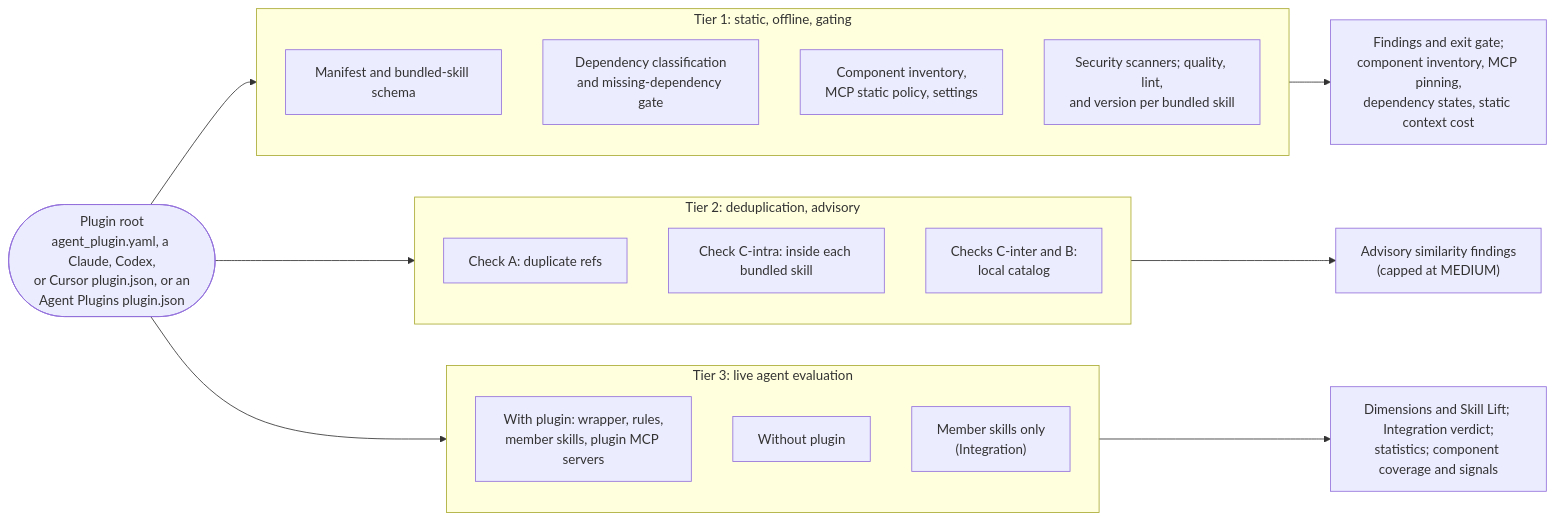
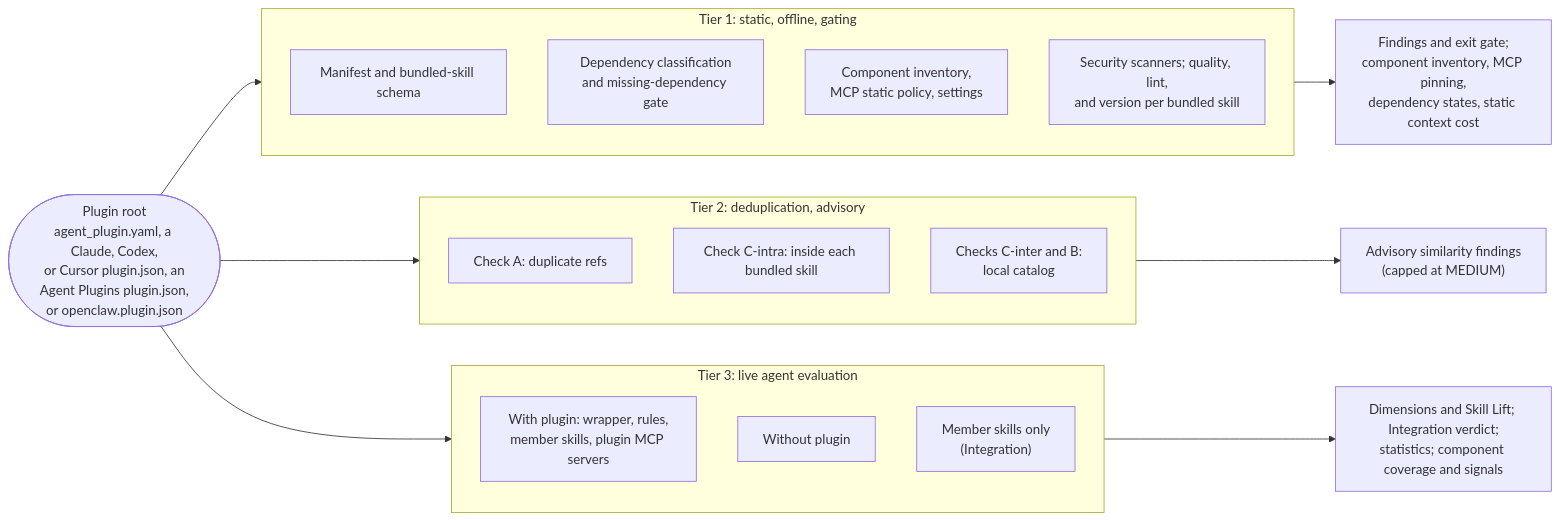
Before and after one commit to NVIDIA/SkillEvaluator: the diagram in docs/plugin-evaluation.mdx, drawn with Mermaid. The commit also changed other lines of this file and 15 other files, not shown here.

````diff
--- a/docs/plugin-evaluation.mdx
+++ b/docs/plugin-evaluation.mdx
@@ -31,33 +31,33 @@
 ```mermaid
 flowchart LR
-    P(["Plugin root<br/>agent_plugin.yaml, a Claude, Codex,<br/>or Cursor plugin.json, or an<br/>Agent Plugins plugin.json"])
+    P(["Plugin root<br/>agent_plugin.yaml, a Claude, Codex,<br/>or Cursor plugin.json, an<br/>Agent Plugins plugin.json,<br/>or openclaw.plugin.json"])
 
     subgraph T1["Tier 1: static, offline, gating"]
         direction TB
         T1A["Manifest and bundled-skill schema"]
         T1B["Dependency classification<br/>and missing-dependency gate"]
         T1C["Component inventory,<br/>MCP static policy, settings"]
         T1D["Security scanners; quality, lint,<br/>and version per bundled skill"]
     end
 
     subgraph T2["Tier 2: deduplication, advisory"]
         direction TB
         T2A["Check A: duplicate refs"]
         T2B["Check C-intra: inside each bundled skill"]
         T2C["Checks C-inter and B:<br/>local catalog"]
     end
 
     subgraph T3["Tier 3: live agent evaluation"]
         direction TB
         T3A["With plugin: wrapper, rules,<br/>member skills, plugin MCP servers"]
         T3B["Without plugin"]
         T3C["Member skills only<br/>(Integration)"]
     end
 
     P --> T1
     P --> T2
     P --> T3
     T1 --> O1["Findings and exit gate;<br/>component inventory, MCP pinning,<br/>dependency states, static context cost"]
     T2 --> O2["Advisory similarity findings<br/>(capped at MEDIUM)"]
     T3 --> O3["Dimensions and Skill Lift; Integration verdict;<br/>statistics; component coverage and signals"]
 ```
````
